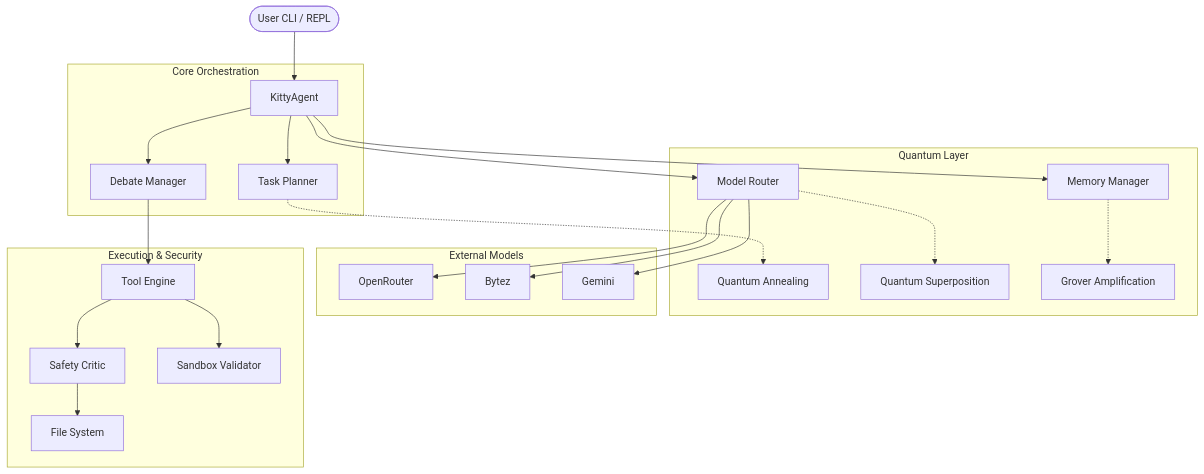
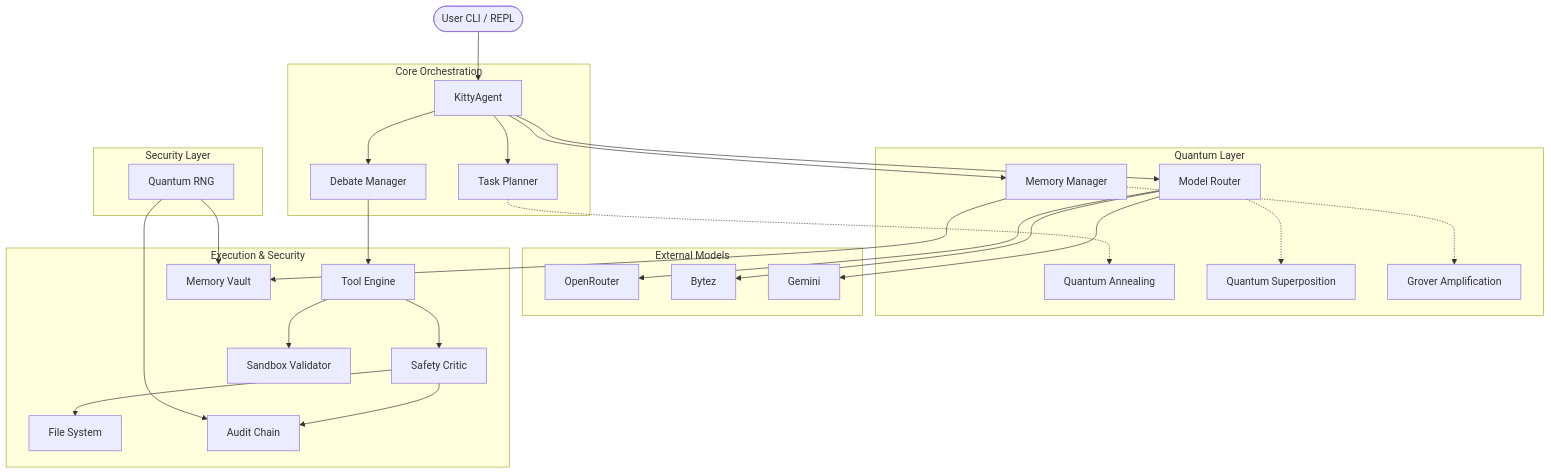
One commit to Quantum-Blade1/kitty-CLI changed the first of 3 diagrams in README.md. Above: the diagram before and after it, drawn with Mermaid. The commit also changed other lines of this file, not shown here.

Commit message:
docs: update README with Advanced Security Architecture, diagrams, and use cases

````diff
--- a/README.md
+++ b/README.md
@@ -104,31 +105,38 @@
 ```mermaid
 graph TD
     User([User CLI / REPL]) --> Agent[KittyAgent]
     
     subgraph Core Orchestration
         Agent --> Planner[Task Planner]
         Agent --> Debate[Debate Manager]
     end
     
     subgraph Quantum Layer
         Planner -.-> QA[Quantum Annealing]
         Router[Model Router] -.-> QS[Quantum Superposition]
         Memory[Memory Manager] -.-> QG[Grover Amplification]
     end
     
     subgraph External Models
         Router --> OR[OpenRouter]
         Router --> Bytez[Bytez]
         Router --> Gemini[Gemini]
     end
     
     subgraph Execution & Security
         Debate --> ToolEngine[Tool Engine]
         ToolEngine --> Safety[Safety Critic]
         ToolEngine --> Sandbox[Sandbox Validator]
         Safety --> FS[File System]
+        Safety --> Audit[Audit Chain]
+        Memory --> Vault[Memory Vault]
+    end
+
+    subgraph Security Layer
+        RNG[Quantum RNG] --> Audit
+        RNG --> Vault
     end
 
     Agent --> Router
     Agent --> Memory
 ```
````
